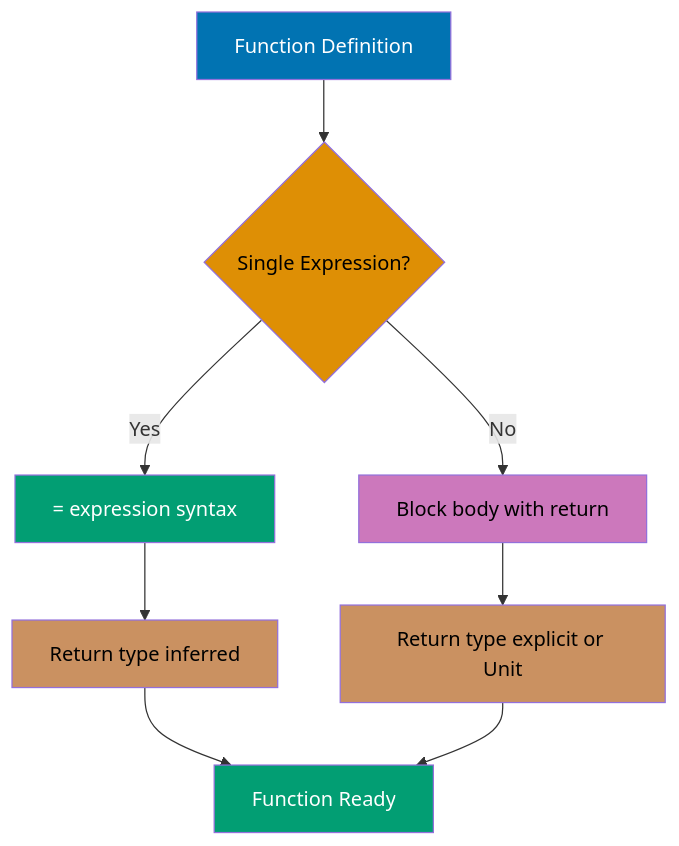
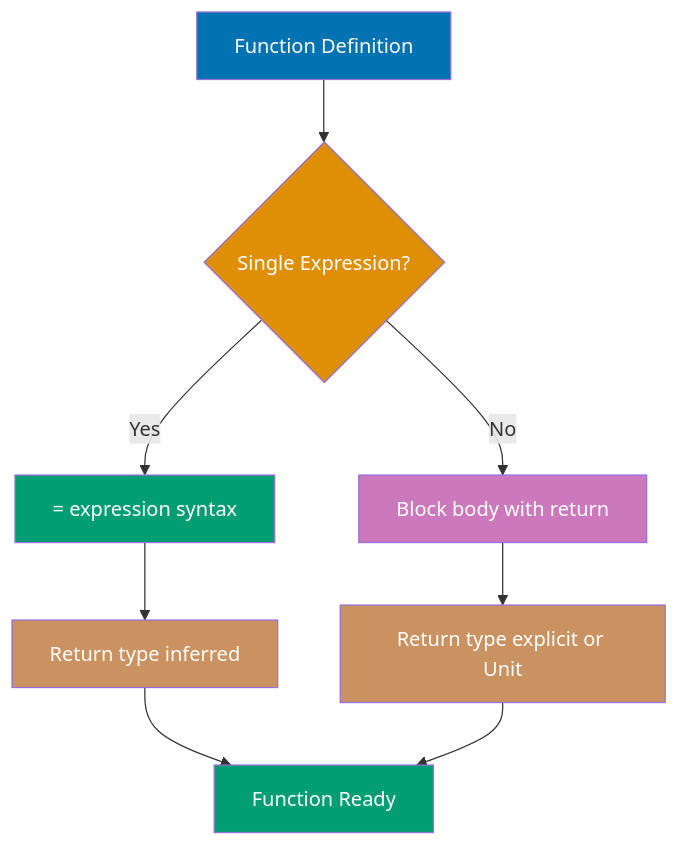
Before and after one commit to wahidyankf/open-sharia-enterprise: the second of 9 diagrams in apps/ayokoding-web/content/en/learn/software-engineering/programming-languages/kotlin/by-example/beginner.md, drawn with Mermaid. The commit also changed other lines of this file and 61 other files, not shown here.

First line of the commit message:
fix(ayokoding-web): quote Mermaid node labels with special characters in Example 63

````diff
--- a/apps/ayokoding-web/content/en/learn/software-engineering/programming-languages/kotlin/by-example/beginner.md
+++ b/apps/ayokoding-web/content/en/learn/software-engineering/programming-languages/kotlin/by-example/beginner.md
@@ -219,19 +219,19 @@
 ```mermaid
 %% Function declaration options
 graph TD
     A[Function Definition] --> B{Single Expression?}
     B -->|Yes| C[= expression syntax]
     B -->|No| D[Block body with return]
     C --> E[Return type inferred]
     D --> F[Return type explicit or Unit]
     E --> G[Function Ready]
     F --> G
 
     style A fill:#0173B2,color:#fff
-    style B fill:#DE8F05,color:#000
+    style B fill:#DE8F05,color:#fff
     style C fill:#029E73,color:#fff
-    style D fill:#CC78BC,color:#000
-    style E fill:#CA9161,color:#000
-    style F fill:#CA9161,color:#000
+    style D fill:#CC78BC,color:#fff
+    style E fill:#CA9161,color:#fff
+    style F fill:#CA9161,color:#fff
     style G fill:#029E73,color:#fff
 ```
````
